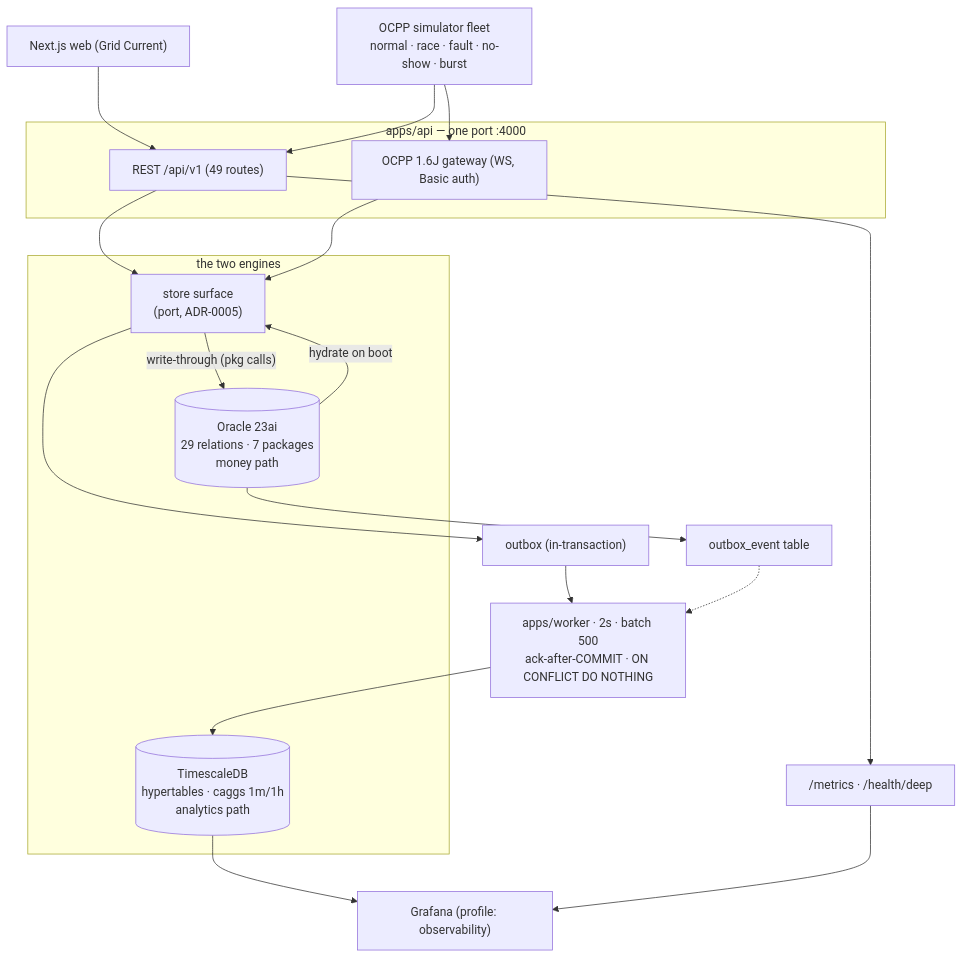
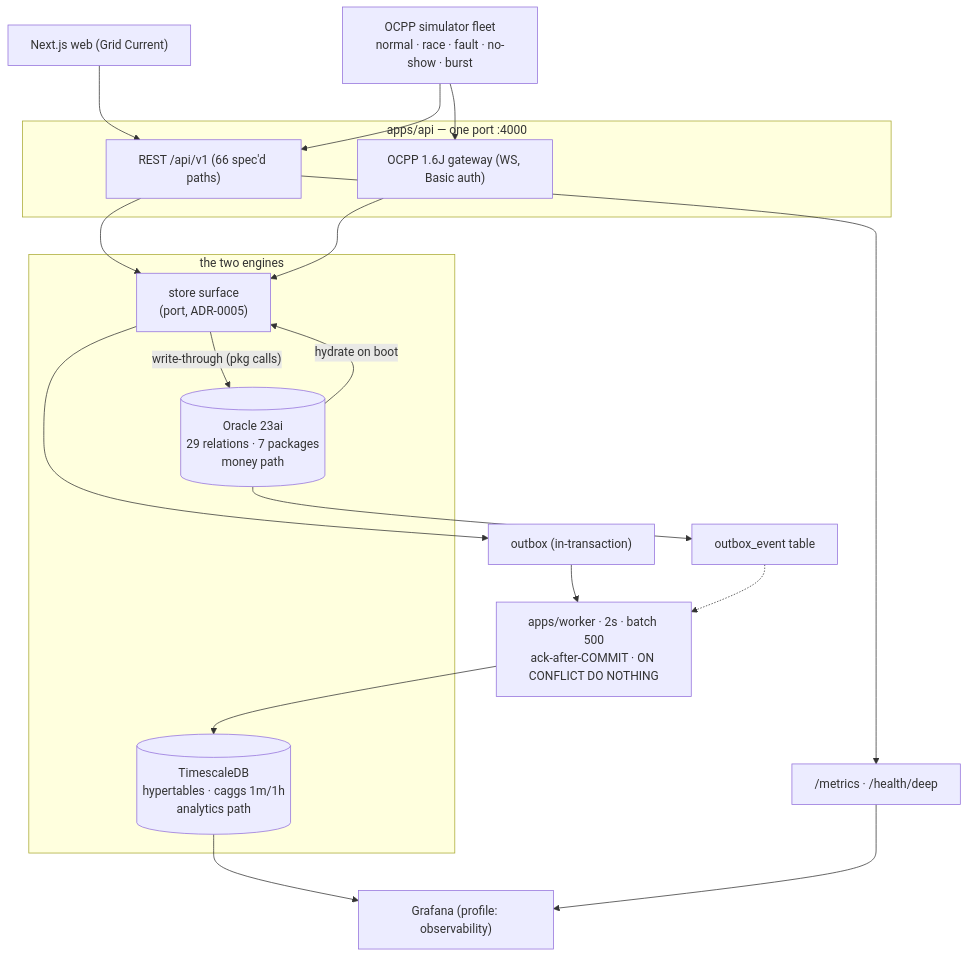
Before and after one commit to humoge7502/VoltHub-CSMS: the first of 2 diagrams in ARCHITECTURE.md, drawn with Mermaid. The commit also changed other lines of this file and 30 other files, not shown here.

````diff
--- a/ARCHITECTURE.md
+++ b/ARCHITECTURE.md
@@ -7,26 +7,26 @@
 ```mermaid
 flowchart TB
   W["Next.js web (Grid Current)"] --> REST
   SIM["OCPP simulator fleet<br/>normal · race · fault · no-show · burst"] --> GW
   SIM --> REST
   subgraph API["apps/api — one port :4000"]
-    REST["REST /api/v1 (49 routes)"]
+    REST["REST /api/v1 (66 spec'd paths)"]
     GW["OCPP 1.6J gateway (WS, Basic auth)"]
   end
   REST --> ST
   GW --> ST
   subgraph ENGINES["the two engines"]
     ST["store surface<br/>(port, ADR-0005)"]
     ORA[("Oracle 23ai<br/>29 relations · 7 packages<br/>money path")]
     TS[("TimescaleDB<br/>hypertables · caggs 1m/1h<br/>analytics path")]
   end
   ST -- "write-through (pkg calls)" --> ORA
   ORA -- "hydrate on boot" --> ST
   ST --> OB["outbox (in-transaction)"]
   ORA --> OBO["outbox_event table"]
   OB --> REL["apps/worker · 2s · batch 500<br/>ack-after-COMMIT · ON CONFLICT DO NOTHING"]
   OBO -.-> REL
   REL --> TS
   TS --> GF["Grafana (profile: observability)"]
   REST --> MX["/metrics · /health/deep"] --> GF
 ```
````
